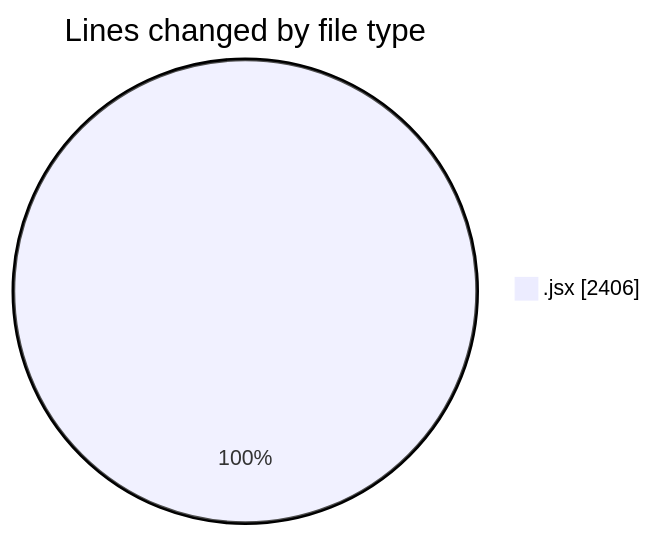
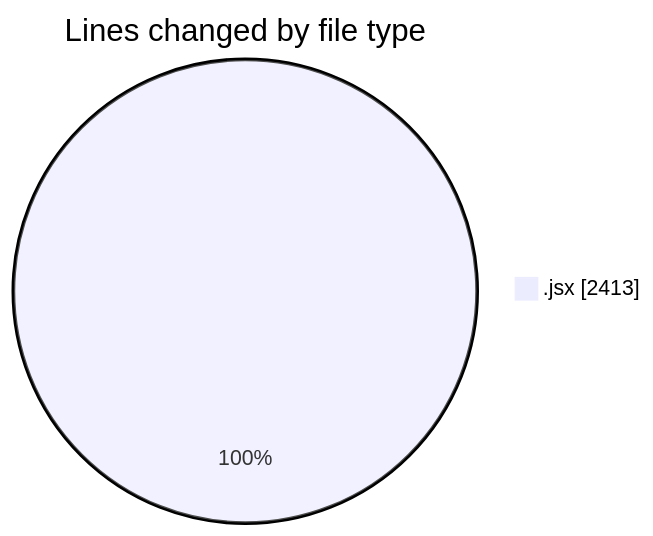
One commit to nxtqubesakshisongat/code-tracking changed the first of 2 diagrams in 2025-08-26/nxtqube_webapp/README.md. Above: the diagram before and after it, drawn with Mermaid. The commit also changed other lines of this file and 1 other file, not shown here.

````diff
--- a/2025-08-26/nxtqube_webapp/README.md
+++ b/2025-08-26/nxtqube_webapp/README.md
@@ -26,5 +26,5 @@
 ```mermaid
 pie showData
 title Lines changed by file type
-".jsx" : 2406
+".jsx" : 2413
 ```
````
